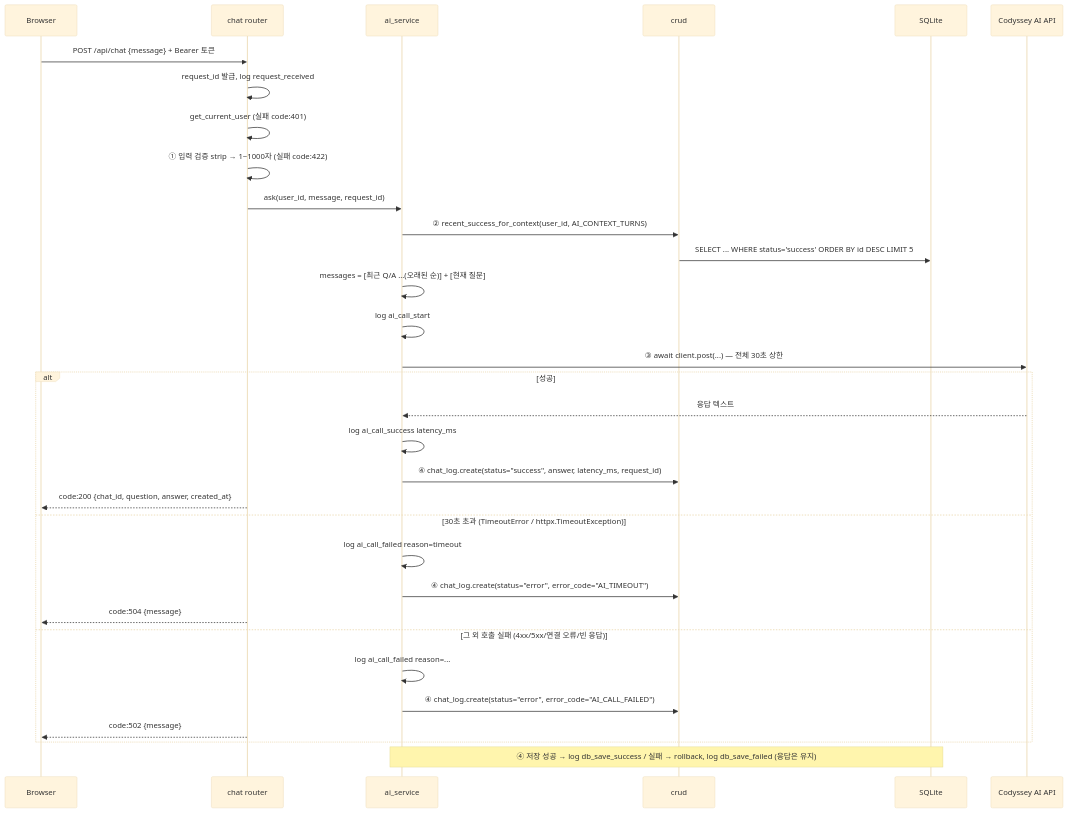
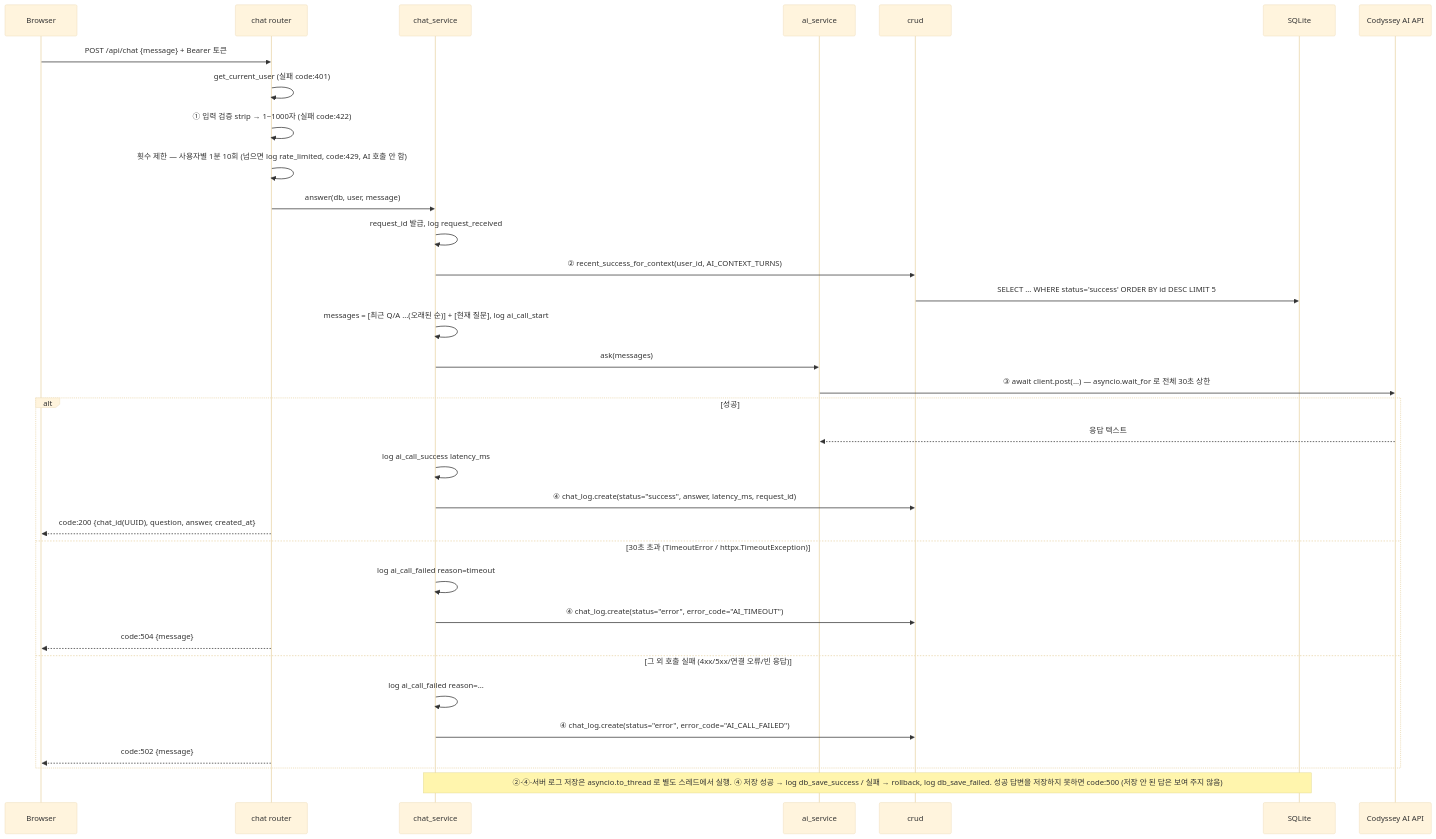
The fifth of 6 diagrams in docs/02-architecture.md (b7-1-chatbot-team/B7-1-chatbot), drawn with Mermaid (base theme) before and after one commit. The commit also changed other lines of this file and 10 other files, not shown here.

````diff
--- a/docs/02-architecture.md
+++ b/docs/02-architecture.md
@@ -309,34 +309,36 @@
 ```mermaid
 sequenceDiagram
     participant B as Browser
     participant R as chat router
-    participant S as ai_service
+    participant S as chat_service
+    participant A as ai_service
     participant C as crud
     participant D as SQLite
     participant G as Codyssey AI API
     B->>R: POST /api/chat {message} + Bearer 토큰
-    R->>R: request_id 발급, log request_received
     R->>R: get_current_user (실패 code:401)
     R->>R: ① 입력 검증 strip → 1~1000자 (실패 code:422)
-    R->>S: ask(user_id, message, request_id)
+    R->>R: 횟수 제한 — 사용자별 1분 10회 (넘으면 log rate_limited, code:429, AI 호출 안 함)
+    R->>S: answer(db, user, message)
+    S->>S: request_id 발급, log request_received
     S->>C: ② recent_success_for_context(user_id, AI_CONTEXT_TURNS)
     C->>D: SELECT ... WHERE status='success' ORDER BY id DESC LIMIT 5
-    S->>S: messages = [최근 Q/A ...(오래된 순)] + [현재 질문]
-    S->>S: log ai_call_start
-    S->>G: ③ await client.post(...) — 전체 30초 상한
+    S->>S: messages = [최근 Q/A ...(오래된 순)] + [현재 질문], log ai_call_start
+    S->>A: ask(messages)
+    A->>G: ③ await client.post(...) — asyncio.wait_for 로 전체 30초 상한
     alt 성공
-        G-->>S: 응답 텍스트
+        G-->>A: 응답 텍스트
         S->>S: log ai_call_success latency_ms
         S->>C: ④ chat_log.create(status="success", answer, latency_ms, request_id)
-        R-->>B: code:200 {chat_id, question, answer, created_at}
+        R-->>B: code:200 {chat_id(UUID), question, answer, created_at}
     else 30초 초과 (TimeoutError / httpx.TimeoutException)
         S->>S: log ai_call_failed reason=timeout
         S->>C: ④ chat_log.create(status="error", error_code="AI_TIMEOUT")
         R-->>B: code:504 {message}
     else 그 외 호출 실패 (4xx/5xx/연결 오류/빈 응답)
         S->>S: log ai_call_failed reason=...
         S->>C: ④ chat_log.create(status="error", error_code="AI_CALL_FAILED")
         R-->>B: code:502 {message}
     end
-    Note over S,D: ④ 저장 성공 → log db_save_success / 실패 → rollback, log db_save_failed (응답은 유지)
+    Note over S,D: ②·④·서버 로그 저장은 asyncio.to_thread 로 별도 스레드에서 실행. ④ 저장 성공 → log db_save_success / 실패 → rollback, log db_save_failed. 성공 답변을 저장하지 못하면 code:500 (저장 안 된 답은 보여 주지 않음)
 ```
````
